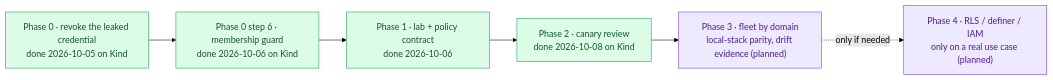
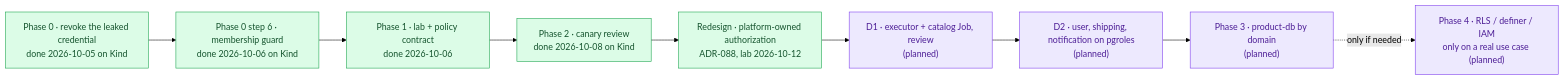
One commit to duynhlab/homelab changed the second of 2 diagrams in docs/proposals/rfc/RFC-0029/README.md. Above: the diagram before and after it, drawn with Mermaid (forest theme). The commit also changed other lines of this file and 39 other files, not shown here.

Commit message:
Move review's database authorization to the platform (#1267)

````diff
--- a/docs/proposals/rfc/RFC-0029/README.md
+++ b/docs/proposals/rfc/RFC-0029/README.md
@@ -189,14 +199,17 @@
 ```mermaid
 flowchart LR
     p0["Phase 0 · revoke the leaked credential<br/>done 2026-10-05 on Kind"]:::data
     p0g["Phase 0 step 6 · membership guard<br/>done 2026-10-06 on Kind"]:::data
     p1["Phase 1 · lab + policy contract<br/>done 2026-10-06"]:::data
     p2["Phase 2 · canary review<br/>done 2026-10-08 on Kind"]:::data
-    p3["Phase 3 · fleet by domain<br/>local-stack parity, drift evidence (planned)"]:::platform
+    pr["Redesign · platform-owned authorization<br/>ADR-088, lab 2026-10-12"]:::data
+    d1["D1 · executor + catalog Job, review<br/>(planned)"]:::platform
+    d2["D2 · user, shipping, notification on pgroles<br/>(planned)"]:::platform
+    p3["Phase 3 · product-db by domain<br/>(planned)"]:::platform
     p4["Phase 4 · RLS / definer / IAM<br/>only on a real use case (planned)"]:::platform
 
-    p0 --> p0g --> p1 --> p2 --> p3 -. "only if needed" .-> p4
+    p0 --> p0g --> p1 --> p2 --> pr --> d1 --> d2 --> p3 -. "only if needed" .-> p4
 
     classDef platform fill:#ede9fe,color:#4c1d95,stroke:#7c3aed;
     classDef data fill:#dcfce7,color:#14532d,stroke:#16a34a;
 ```
````
